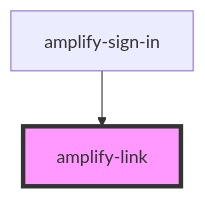
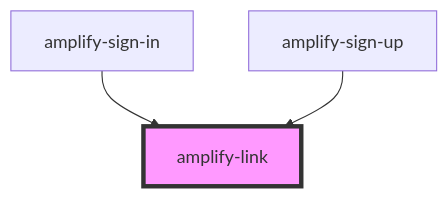
Before and after one commit to aws-amplify/amplify-js: the diagram in packages/amplify-ui-components/src/components/amplify-link/readme.md, drawn with Mermaid. The commit also changed other lines of this file and 17 other files, not shown here.

Commit message:
feat:(@aws-amplify/ui-compnents) Initial commit for SignUp comp

````diff
--- a/packages/amplify-ui-components/src/components/amplify-link/readme.md
+++ b/packages/amplify-ui-components/src/components/amplify-link/readme.md
@@ -23,5 +24,6 @@
 ```mermaid
 graph TD;
   amplify-sign-in --> amplify-link
+  amplify-sign-up --> amplify-link
   style amplify-link fill:#f9f,stroke:#333,stroke-width:4px
 ```
````
